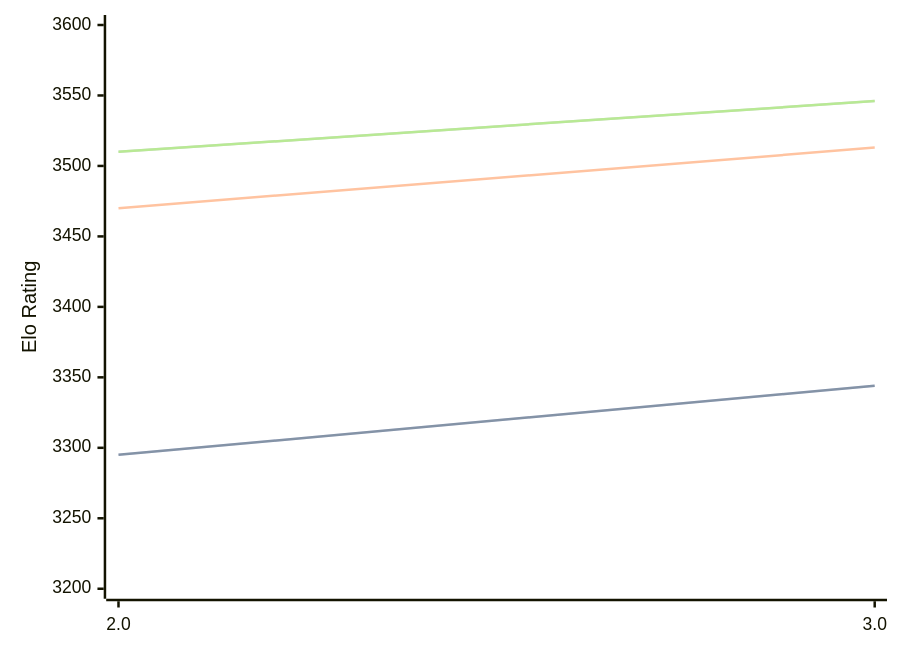
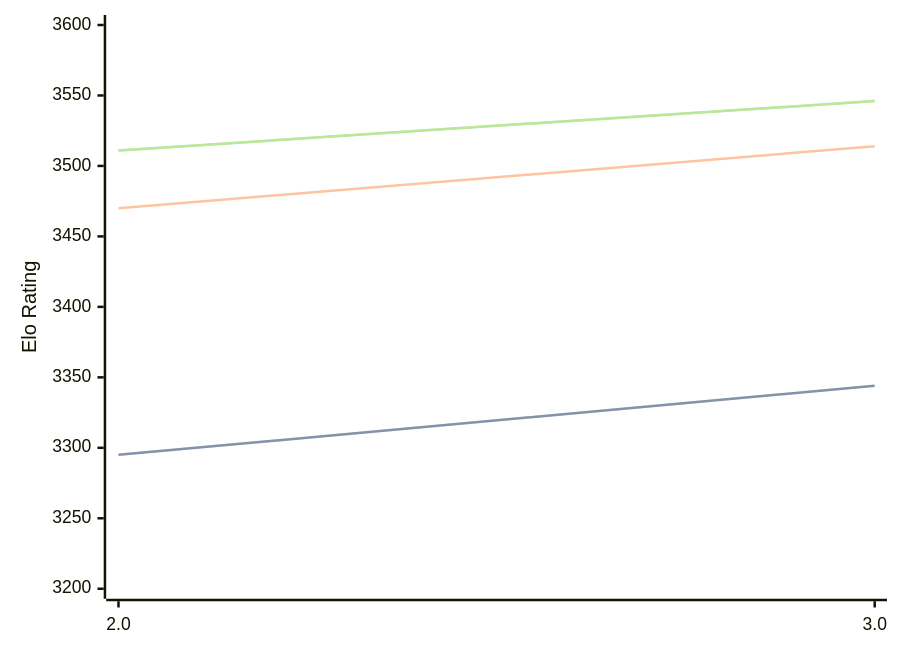
The diagram in engines/Quanticade.md (computer-chess-index/cci), drawn with Mermaid before and after one commit. The commit also changed other lines of this file, not shown here.

Commit message:
Update CCI Ratings (ELO VLTC) - 2026-08-25

````diff
--- a/engines/Quanticade.md
+++ b/engines/Quanticade.md
@@ -32,11 +32,11 @@
 ```mermaid
 %%{init: {"theme":"base","themeVariables":{"seriesColors:['#a3a3a3','#222221','#faa371']}}}%%
 xychart-beta
   x-axis ["2.0", "3.0"]
   y-axis "Elo Rating" 3200 --> 3600
   line "STC (8.0+0.08s)" [3295, 3344]
   line "STC (8.0+0.08s)" [3295, 3344]
-  line "LTC (60.0+0.60s)" [3470, 3513]
-  line "VLTC (2m24s+1.12s)" [3510, 3546]
-  line "VLTC (2m24s+1.12s)" [3510, 3546]
+  line "LTC (60.0+0.60s)" [3470, 3514]
+  line "VLTC (2m24s+1.12s)" [3511, 3546]
+  line "VLTC (2m24s+1.12s)" [3511, 3546]
 ```
````
